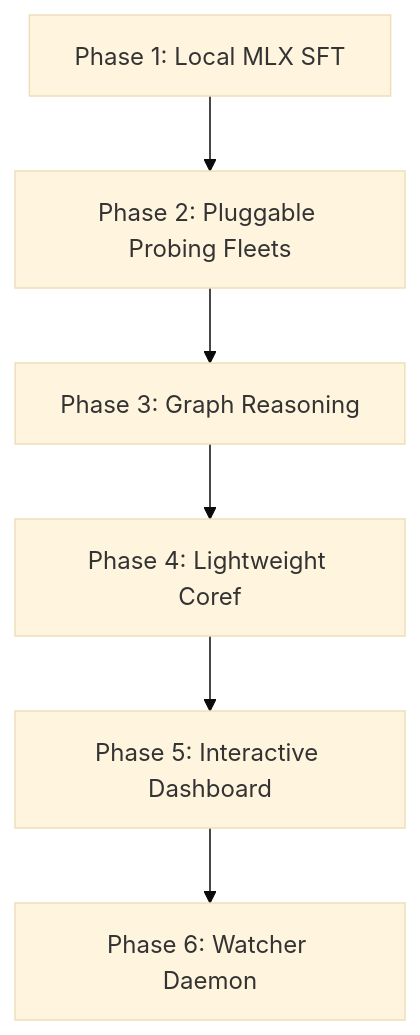
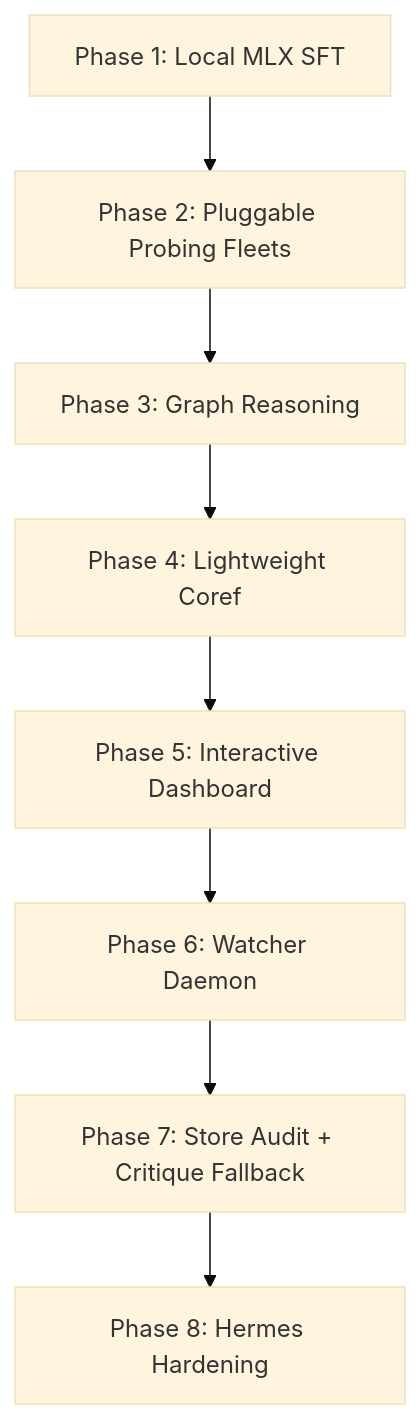
The diagram in IMPROVEMENT_MASTER_PLAN.md (nelslindahlx/knowledge-reduce-core), drawn with Mermaid (base theme) before and after one commit. The commit also changed other lines of this file, not shown here.

Commit message:
docs: add Hermes hardening and store audit phases to IMPROVEMENT_MASTER_PLAN.md

````diff
--- a/IMPROVEMENT_MASTER_PLAN.md
+++ b/IMPROVEMENT_MASTER_PLAN.md
@@ -37,8 +46,10 @@
 ```mermaid
 graph TD
     M1[Phase 1: Local MLX SFT] --> M2[Phase 2: Pluggable Probing Fleets]
     M2 --> M3[Phase 3: Graph Reasoning]
     M3 --> M4[Phase 4: Lightweight Coref]
     M4 --> M5[Phase 5: Interactive Dashboard]
     M5 --> M6[Phase 6: Watcher Daemon]
+    M6 --> M7[Phase 7: Store Audit + Critique Fallback]
+    M7 --> M8[Phase 8: Hermes Hardening]
 ```
````
